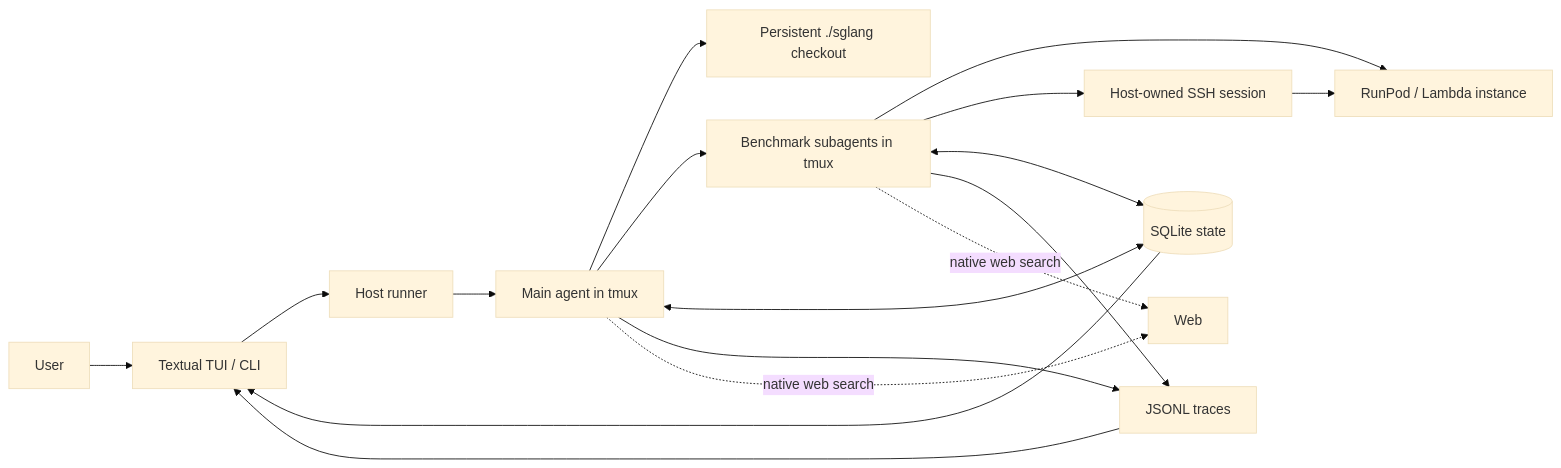
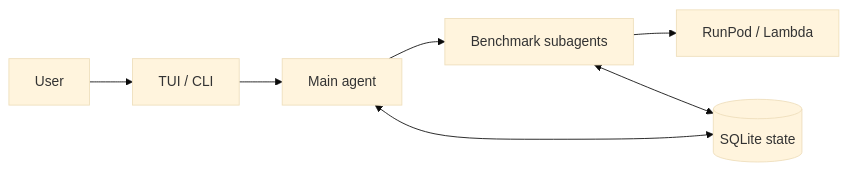
One commit to coder-2011/perferox changed the first of 5 diagrams in structures.md. Above: the diagram before and after it, drawn with Mermaid (base theme). The commit also changed other lines of this file, not shown here.

Commit message:
simplify architecture diagrams

````diff
--- a/structures.md
+++ b/structures.md
@@ -9,21 +9,7 @@
 ```mermaid
 flowchart LR
-  user["User"] --> surface["Textual TUI / CLI"]
-  surface --> runner["Host runner"]
-  runner --> main["Main agent in tmux"]
-  main --> source["Persistent ./sglang checkout"]
-  main --> workers["Benchmark subagents in tmux"]
-  workers --> pod["RunPod / Lambda instance"]
-  workers --> ssh["Host-owned SSH session"]
-  ssh --> pod
-
+  user["User"] --> surface["TUI / CLI"] --> main["Main agent"]
+  main --> workers["Benchmark subagents"] --> instance["RunPod / Lambda"]
   main <--> db[("SQLite state")]
   workers <--> db
-  main --> traces["JSONL traces"]
-  workers --> traces
-  db --> surface
-  traces --> surface
-
-  main -. "native web search" .-> web["Web"]
-  workers -. "native web search" .-> web
 ```
````
